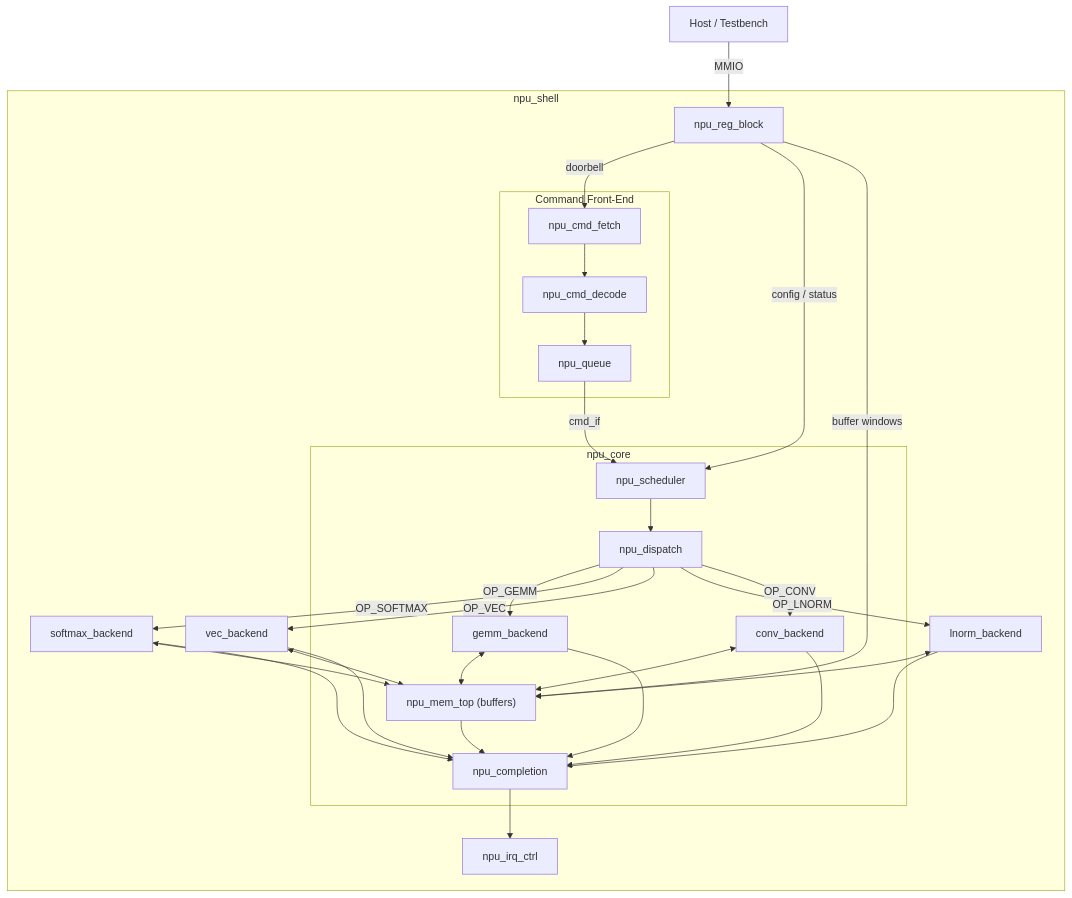
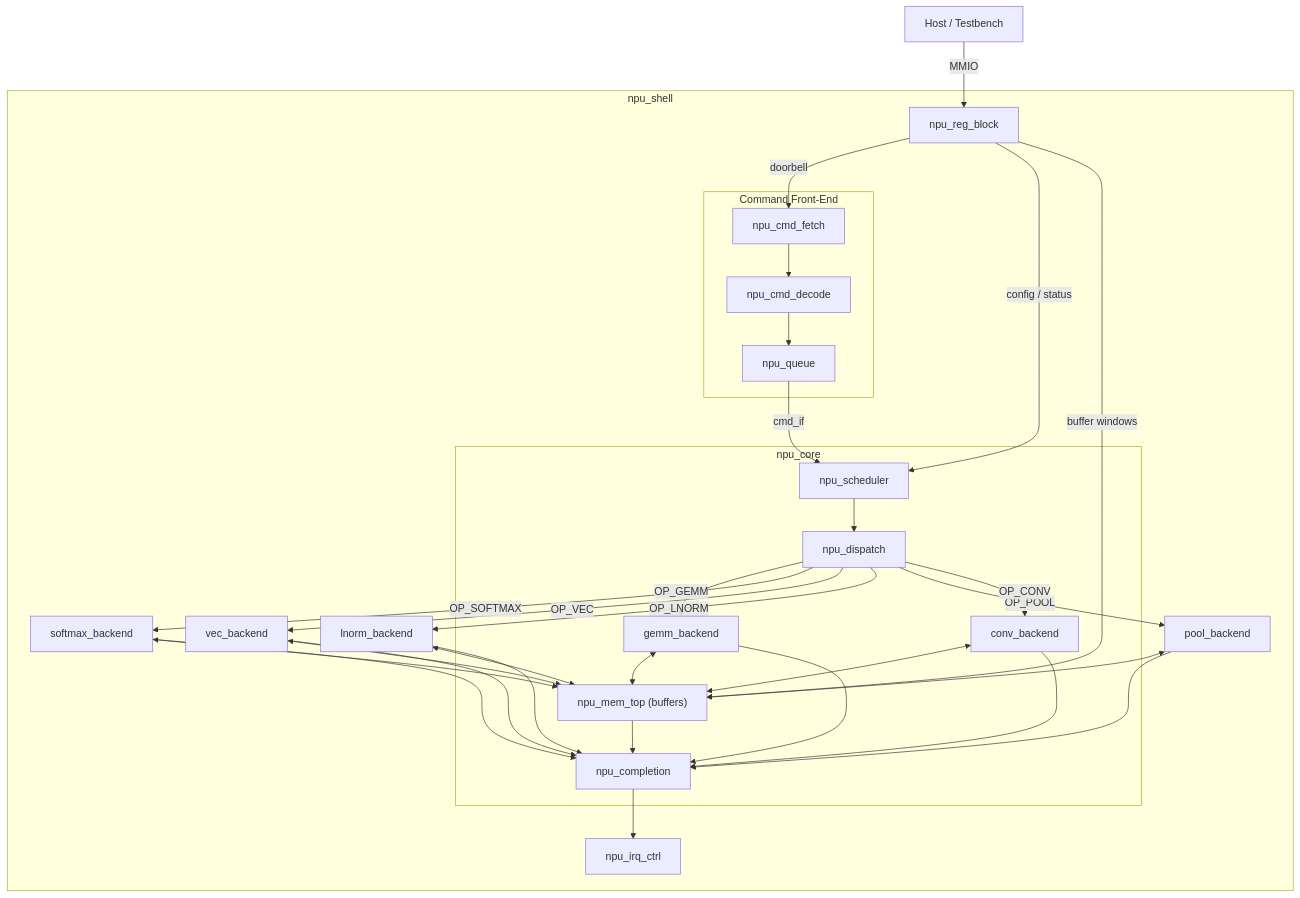
The diagram in docs/arch/overview.md (Arty3/lg-npu), drawn with Mermaid before and after one commit. The commit also changed other lines of this file and 11 other files, not shown here.

````diff
--- a/docs/arch/overview.md
+++ b/docs/arch/overview.md
@@ -27,50 +27,53 @@
 ```mermaid
 graph TD
     Host["Host / Testbench"]
 
     Host -- MMIO --> rb
 
     subgraph shell [npu_shell]
         rb["npu_reg_block"]
 
         subgraph cmd_fe [Command Front-End]
             cf["npu_cmd_fetch"] --> cd["npu_cmd_decode"] --> q["npu_queue"]
         end
 
         rb -- doorbell --> cf
 
         subgraph core [npu_core]
             sched["npu_scheduler"]
             dispatch["npu_dispatch"]
             mem_top["npu_mem_top (buffers)"]
             gemm["gemm_backend"]
             conv["conv_backend"]
             completion["npu_completion"]
         end
 
         q -- cmd_if --> sched
         rb -- "config / status" --> sched
         sched --> dispatch
         dispatch -- "OP_GEMM" --> gemm
         dispatch -- "OP_SOFTMAX" --> smax["softmax_backend"]
         dispatch -- "OP_VEC" --> vec["vec_backend"]
         dispatch -- "OP_LNORM" --> lnorm["lnorm_backend"]
+        dispatch -- "OP_POOL" --> pool["pool_backend"]
         dispatch -- "OP_CONV" --> conv
         gemm <--> mem_top
         smax <--> mem_top
         vec <--> mem_top
         lnorm <--> mem_top
+        pool <--> mem_top
         conv <--> mem_top
         gemm --> completion
         smax --> completion
         vec --> completion
         lnorm --> completion
+        pool --> completion
         conv --> completion
         mem_top --> completion
 
         irq["npu_irq_ctrl"]
         completion --> irq
     end
 
     rb -- "buffer windows" --> mem_top
 ```
````
